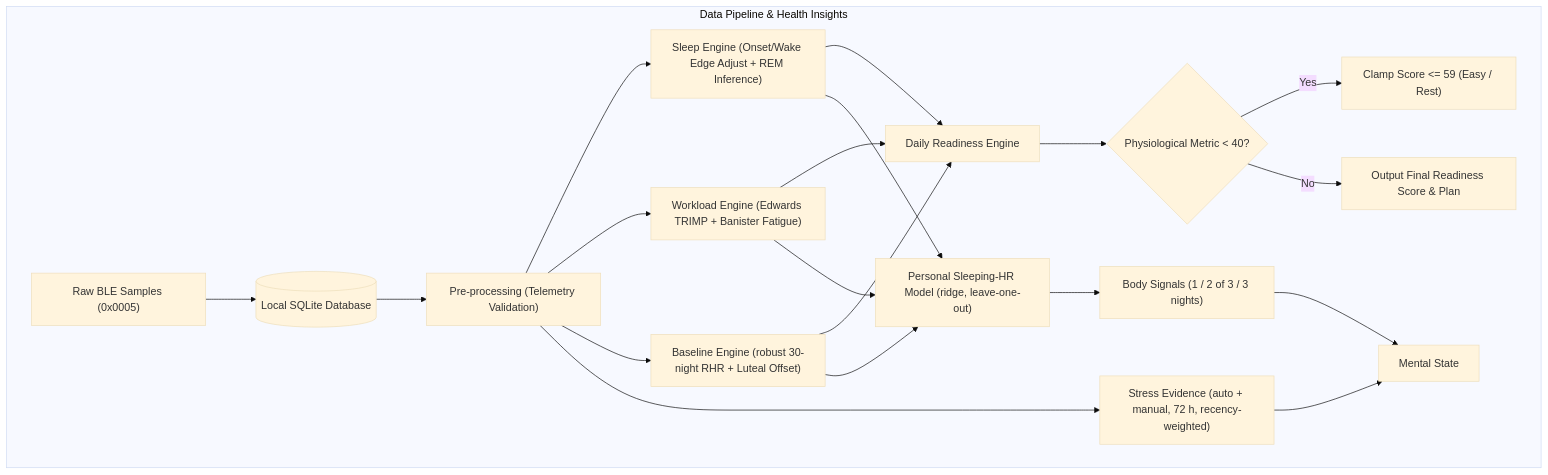
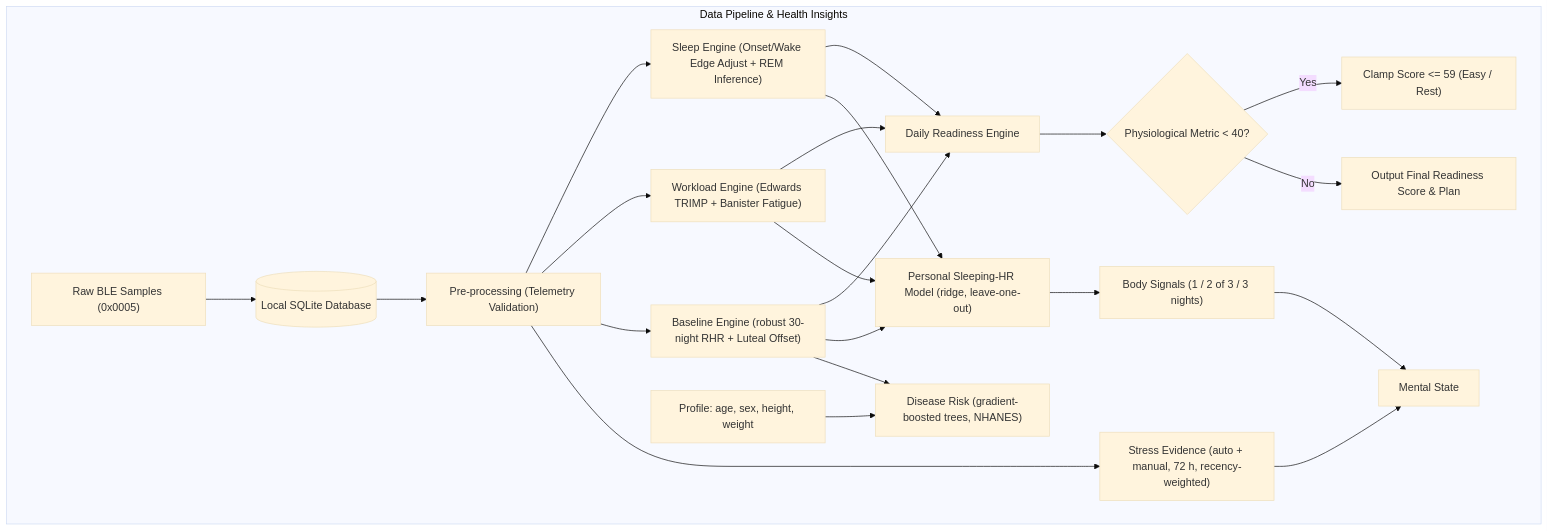
The second of 3 diagrams in EVALUATION.md (nhatanhpico/MiBand6), drawn with Mermaid (base theme) before and after one commit. The commit also changed other lines of this file and 5 other files, not shown here.

First line of the commit message:
docs: document disease risk models, live heart rate and long-history learning

````diff
--- a/EVALUATION.md
+++ b/EVALUATION.md
@@ -150,27 +157,29 @@
 ```mermaid
 graph TD
     subgraph Data Pipeline & Health Insights
         RawBLE["Raw BLE Samples (0x0005)"] --> HealthDB[("Local SQLite Database")]
         HealthDB --> Preprocess["Pre-processing (Telemetry Validation)"]
 
         Preprocess --> SleepModel["Sleep Engine (Onset/Wake Edge Adjust + REM Inference)"]
         Preprocess --> TRIMPModel["Workload Engine (Edwards TRIMP + Banister Fatigue)"]
         Preprocess --> BaselineModel["Baseline Engine (robust 30-night RHR + Luteal Offset)"]
         Preprocess --> StressModel["Stress Evidence (auto + manual, 72 h, recency-weighted)"]
 
         SleepModel --> ReadinessCalc["Daily Readiness Engine"]
         TRIMPModel --> ReadinessCalc
         BaselineModel --> ReadinessCalc
 
         BaselineModel --> RHRModel["Personal Sleeping-HR Model (ridge, leave-one-out)"]
         TRIMPModel --> RHRModel
         SleepModel --> RHRModel
         RHRModel --> BodySignals["Body Signals (1 / 2 of 3 / 3 nights)"]
         StressModel --> Mind["Mental State"]
         BodySignals --> Mind
+        Profile["Profile: age, sex, height, weight"] --> Risk["Disease Risk (gradient-boosted trees, NHANES)"]
+        BaselineModel --> Risk
 
         ReadinessCalc --> ClampCheck{"Physiological Metric < 40?"}
         ClampCheck -- Yes --> Clamp["Clamp Score <= 59 (Easy / Rest)"]
         ClampCheck -- No --> FinalScore["Output Final Readiness Score & Plan"]
     end
 ```
````
